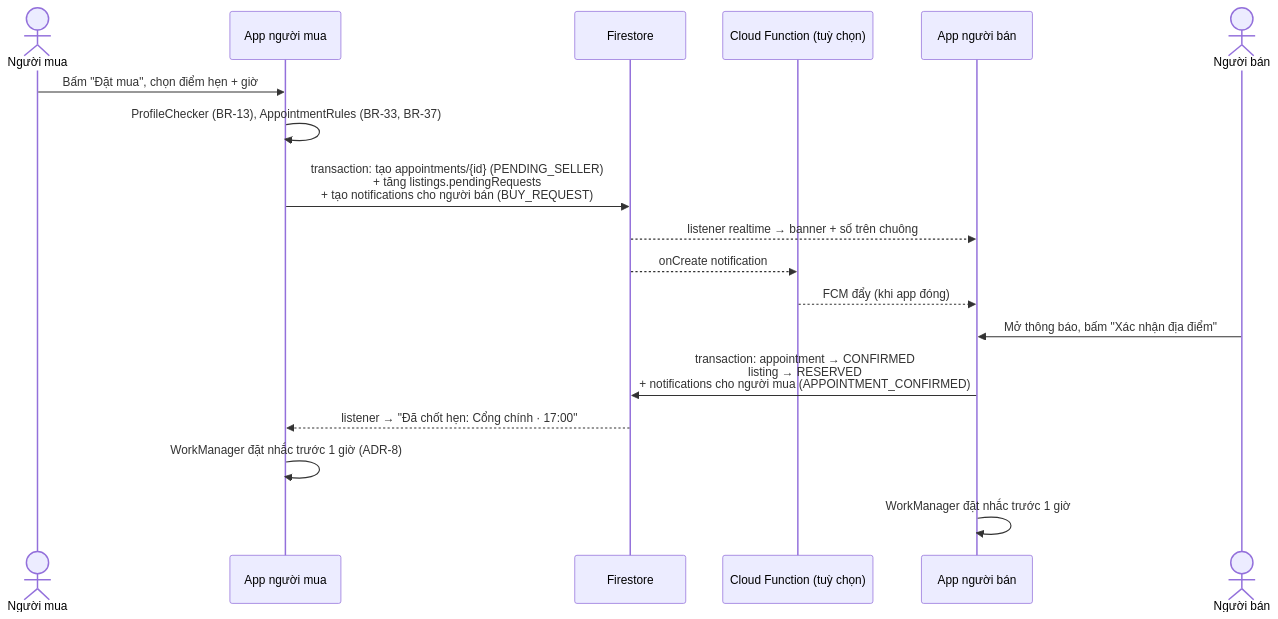
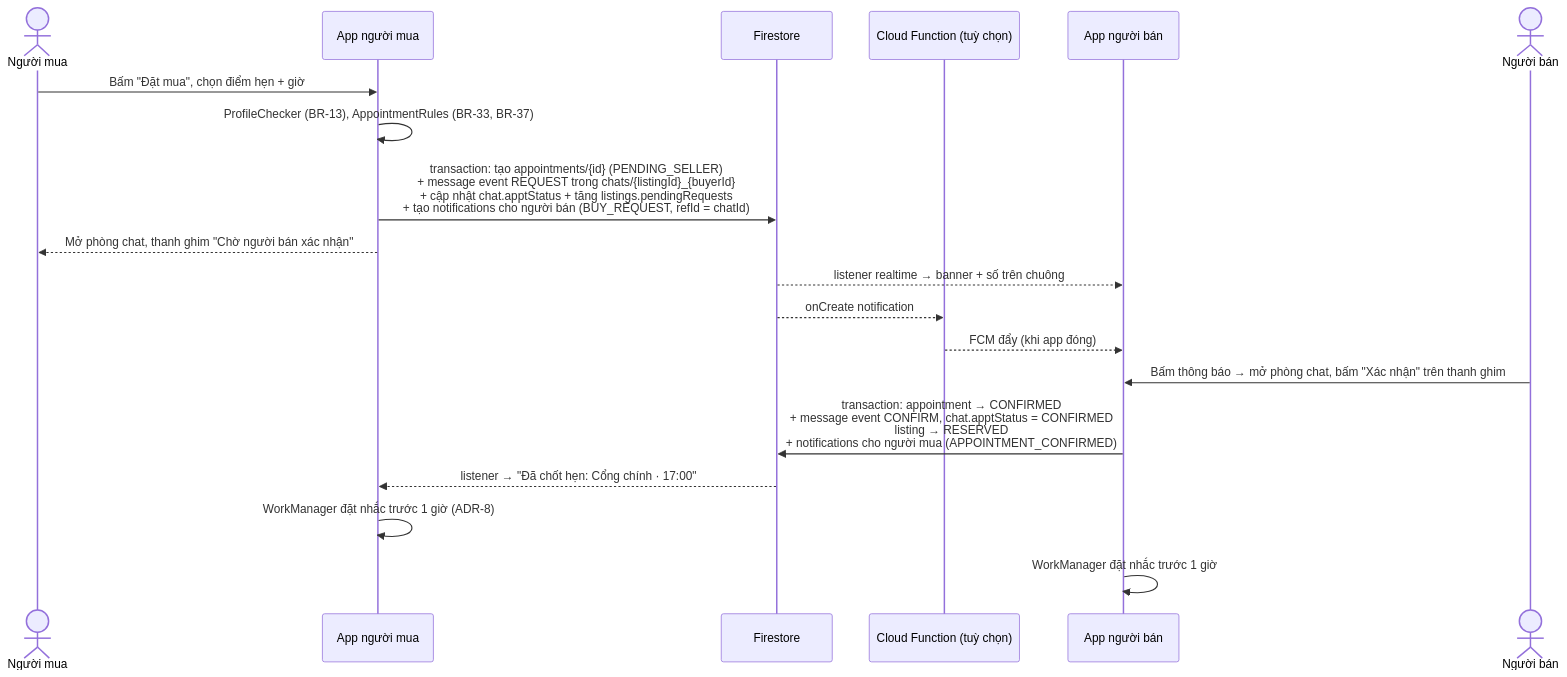
Before and after one commit to Vanh2003-FL/API: the fourth of 4 diagrams in docs/04-thiet-ke-he-thong.md, drawn with Mermaid. The commit also changed other lines of this file and 5 other files, not shown here.

````diff
--- a/docs/04-thiet-ke-he-thong.md
+++ b/docs/04-thiet-ke-he-thong.md
@@ -460,20 +482,21 @@
 ```mermaid
 sequenceDiagram
     actor B as Người mua
     participant A as App người mua
     participant FS as Firestore
     participant CF as Cloud Function (tuỳ chọn)
     participant S as App người bán
     actor SL as Người bán
     B->>A: Bấm "Đặt mua", chọn điểm hẹn + giờ
     A->>A: ProfileChecker (BR-13), AppointmentRules (BR-33, BR-37)
-    A->>FS: transaction: tạo appointments/{id} (PENDING_SELLER)<br/>+ tăng listings.pendingRequests<br/>+ tạo notifications cho người bán (BUY_REQUEST)
+    A->>FS: transaction: tạo appointments/{id} (PENDING_SELLER)<br/>+ message event REQUEST trong chats/{listingId}_{buyerId}<br/>+ cập nhật chat.apptStatus + tăng listings.pendingRequests<br/>+ tạo notifications cho người bán (BUY_REQUEST, refId = chatId)
+    A-->>B: Mở phòng chat, thanh ghim "Chờ người bán xác nhận"
     FS-->>S: listener realtime → banner + số trên chuông
     FS-->>CF: onCreate notification
     CF-->>S: FCM đẩy (khi app đóng)
-    SL->>S: Mở thông báo, bấm "Xác nhận địa điểm"
-    S->>FS: transaction: appointment → CONFIRMED<br/>listing → RESERVED<br/>+ notifications cho người mua (APPOINTMENT_CONFIRMED)
+    SL->>S: Bấm thông báo → mở phòng chat, bấm "Xác nhận" trên thanh ghim
+    S->>FS: transaction: appointment → CONFIRMED<br/>+ message event CONFIRM, chat.apptStatus = CONFIRMED<br/>listing → RESERVED<br/>+ notifications cho người mua (APPOINTMENT_CONFIRMED)
     FS-->>A: listener → "Đã chốt hẹn: Cổng chính · 17:00"
     A->>A: WorkManager đặt nhắc trước 1 giờ (ADR-8)
     S->>S: WorkManager đặt nhắc trước 1 giờ
 ```
````
